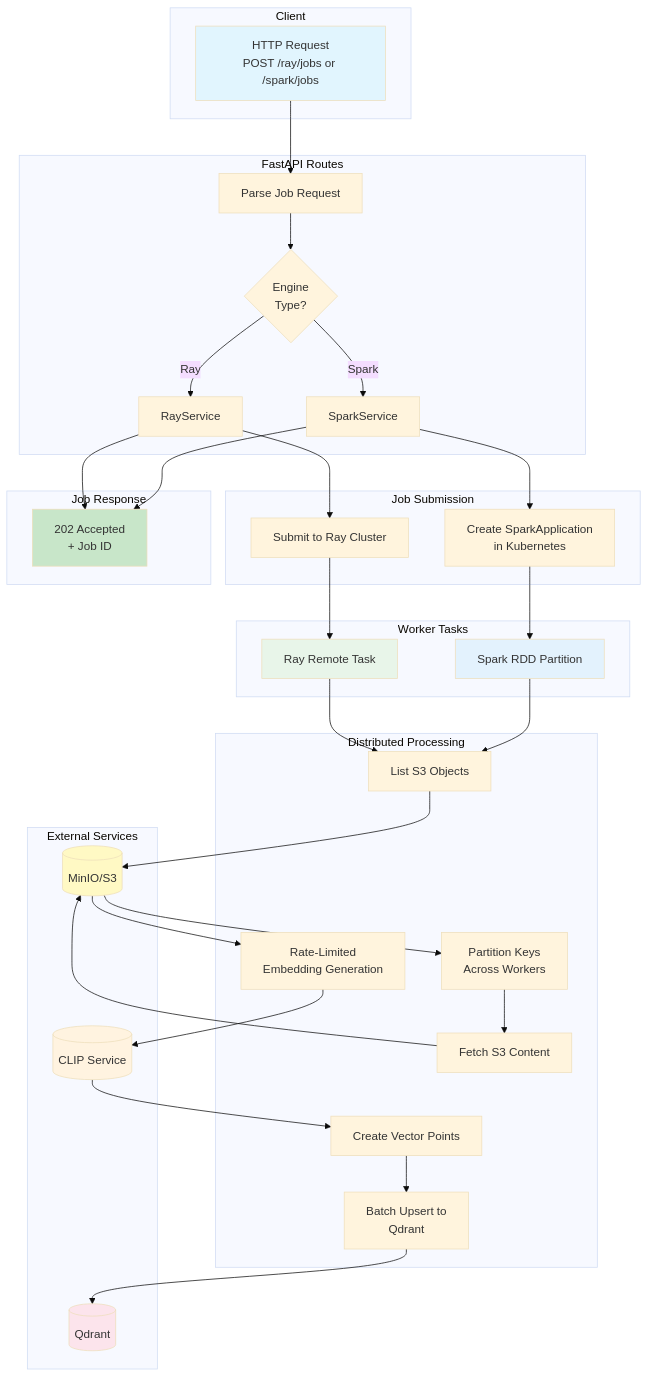
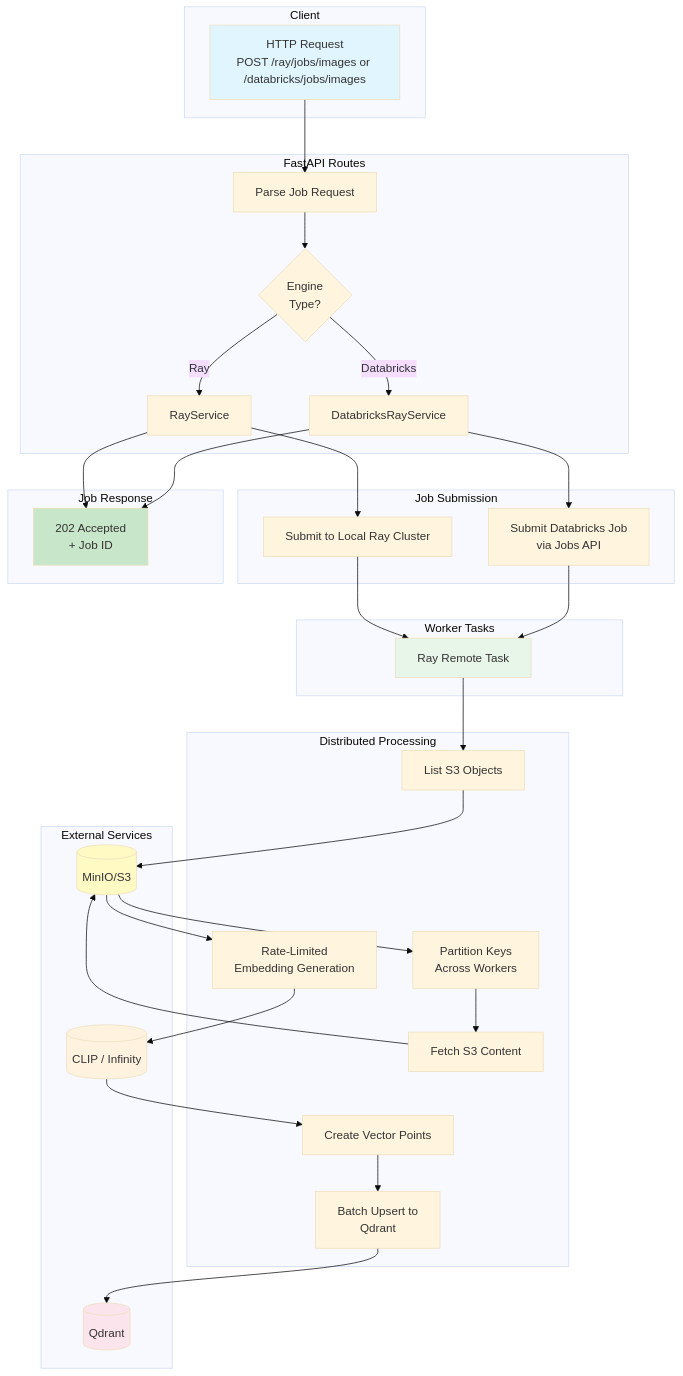
Before and after one commit to gt-sse-center/iNatInq: the diagram in charts/ingestion-engine-flowchart.md, drawn with Mermaid (base theme). The commit also changed other lines of this file and 84 other files, not shown here.

First line of the commit message:
docs: audit documentation — add charts, test docstrings, README updates

````diff
--- a/charts/ingestion-engine-flowchart.md
+++ b/charts/ingestion-engine-flowchart.md
@@ -3,73 +3,70 @@
 ```mermaid
 flowchart TB
     subgraph Client
-        A[HTTP Request<br/>POST /ray/jobs or /spark/jobs]
+        A[HTTP Request<br/>POST /ray/jobs/images or /databricks/jobs/images]
     end
 
     subgraph API["FastAPI Routes"]
         B[Parse Job Request]
         C{Engine<br/>Type?}
         D[RayService]
-        E[SparkService]
+        E[DatabricksRayService]
     end
 
     subgraph JobSubmission["Job Submission"]
-        F[Submit to Ray Cluster]
-        G[Create SparkApplication<br/>in Kubernetes]
+        F[Submit to Local Ray Cluster]
+        G[Submit Databricks Job<br/>via Jobs API]
     end
 
     subgraph Processing["Distributed Processing"]
         H[List S3 Objects]
         I[Partition Keys<br/>Across Workers]
         J[Fetch S3 Content]
         K[Rate-Limited<br/>Embedding Generation]
         L[Create Vector Points]
         M[Batch Upsert to<br/>Qdrant]
     end
 
     subgraph Workers["Worker Tasks"]
         N[Ray Remote Task]
-        O[Spark RDD Partition]
     end
 
     subgraph External["External Services"]
         P[(MinIO/S3)]
-        Q[(CLIP Service)]
+        Q[(CLIP / Infinity)]
         R[(Qdrant)]
     end
 
     A --> B
     B --> C
     C -->|Ray| D
-    C -->|Spark| E
+    C -->|Databricks| E
     D --> F
     E --> G
     F --> N
-    G --> O
+    G --> N
     N --> H
-    O --> H
     H --> P
     P --> I
     I --> J
     J --> P
     P --> K
     K --> Q
     Q --> L
     L --> M
     M --> R
 
     subgraph Response["Job Response"]
         T[202 Accepted<br/>+ Job ID]
     end
 
     D --> T
     E --> T
 
     style A fill:#e1f5fe
     style T fill:#c8e6c9
     style P fill:#fff9c4
     style Q fill:#fff3e0
     style R fill:#fce4ec
     style N fill:#e8f5e9
-    style O fill:#e3f2fd
 ```
````
